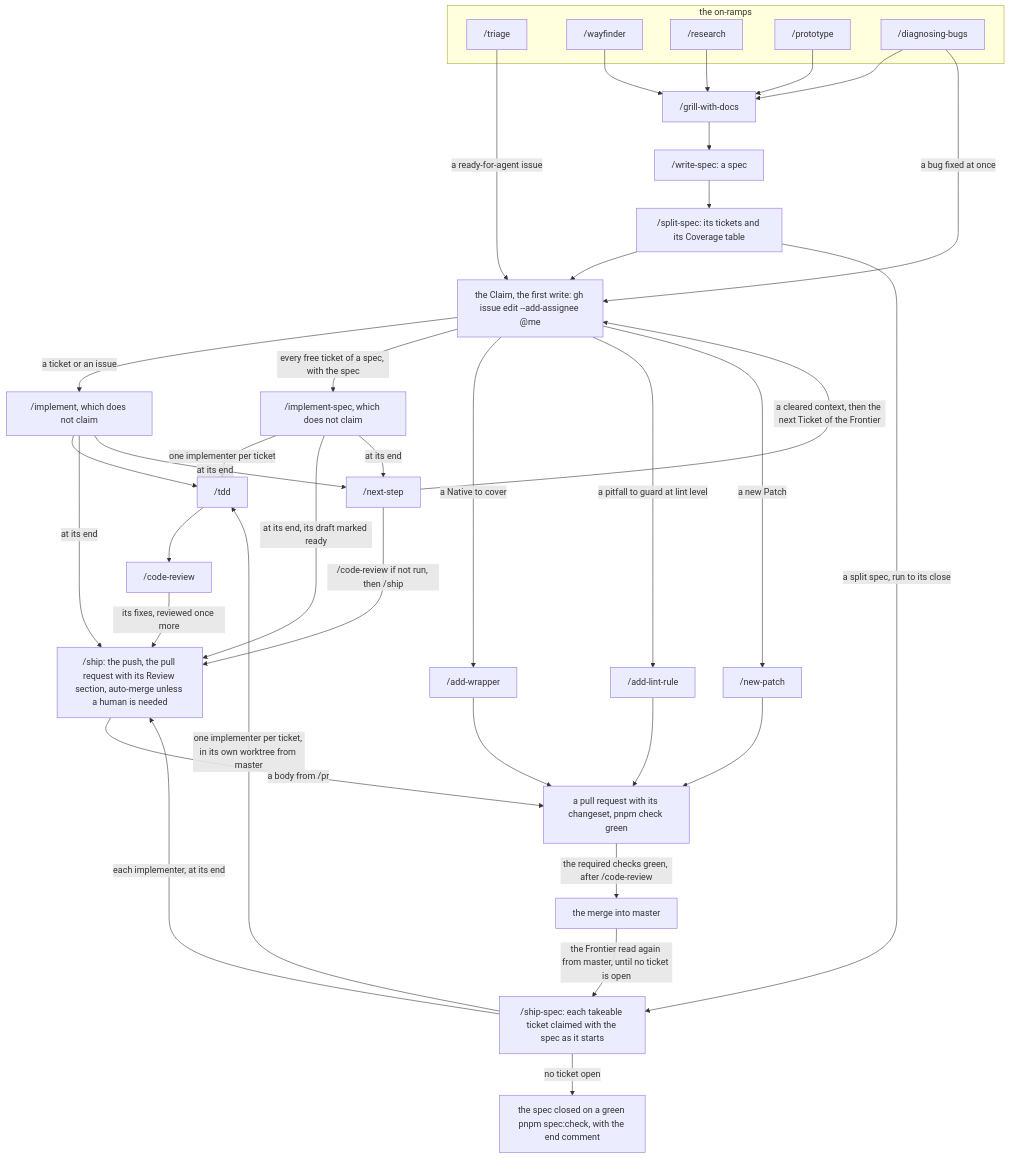
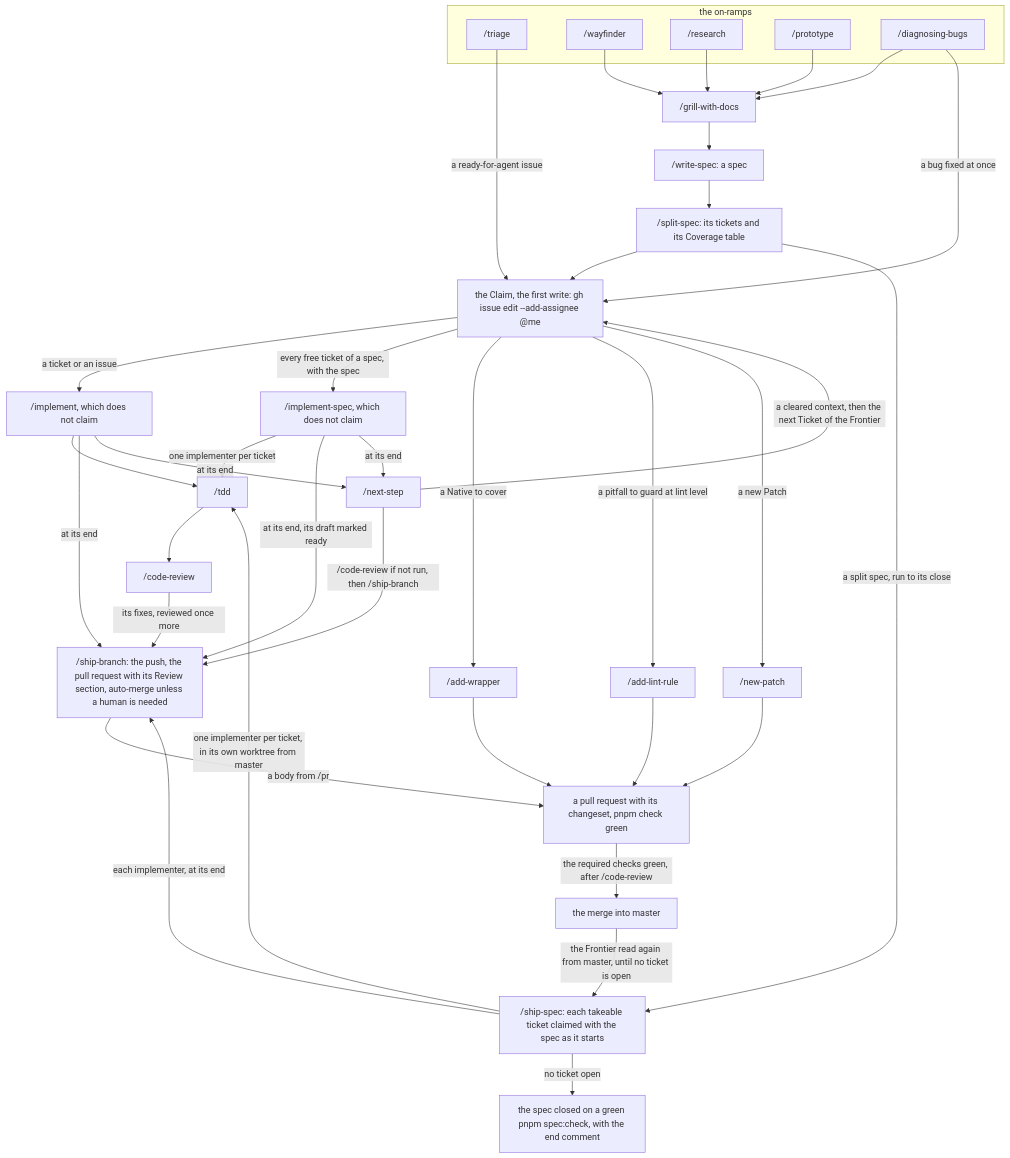
The diagram in docs/agents/development-loop.md (phmilk/reforged-ts), drawn with Mermaid before and after one commit. The commit also changed other lines of this file and 17 other files, not shown here.

First line of the commit message:
fix(skills): the shared skill ship becomes ship-branch (#940)

````diff
--- a/docs/agents/development-loop.md
+++ b/docs/agents/development-loop.md
@@ -77,64 +77,64 @@
 ```mermaid
 flowchart TD
   %% diagram: development-loop
   %% covers: skills
   subgraph on_ramps["the on-ramps"]
     triage["/triage"]
     wayfinder["/wayfinder"]
     research["/research"]
     prototype["/prototype"]
     diagnosing_bugs["/diagnosing-bugs"]
   end
   grill_with_docs["/grill-with-docs"]
   write_spec["/write-spec: a spec"]
   split_spec["/split-spec: its tickets and its Coverage table"]
   claim["the Claim, the first write: gh issue edit --add-assignee @me"]
   implement["/implement, which does not claim"]
   implement_spec["/implement-spec, which does not claim"]
   tdd["/tdd"]
   code_review["/code-review"]
   next_step["/next-step"]
   ship_spec["/ship-spec: each takeable ticket claimed with the spec as it starts"]
   spec_closed["the spec closed on a green pnpm spec:check, with the end comment"]
-  ship["/ship: the push, the pull request with its Review section, auto-merge unless a human is needed"]
+  ship["/ship-branch: the push, the pull request with its Review section, auto-merge unless a human is needed"]
   add_wrapper["/add-wrapper"]
   add_lint_rule["/add-lint-rule"]
   new_patch["/new-patch"]
   pull_request["a pull request with its changeset, pnpm check green"]
   merge["the merge into master"]
 
   wayfinder --> grill_with_docs
   research --> grill_with_docs
   prototype --> grill_with_docs
   diagnosing_bugs --> grill_with_docs
   triage -->|"a ready-for-agent issue"| claim
   diagnosing_bugs -->|"a bug fixed at once"| claim
   grill_with_docs --> write_spec
   write_spec --> split_spec
   split_spec --> claim
   split_spec -->|"a split spec, run to its close"| ship_spec
   claim -->|"a ticket or an issue"| implement
   claim -->|"every free ticket of a spec, with the spec"| implement_spec
   claim -->|"a Native to cover"| add_wrapper
   claim -->|"a pitfall to guard at lint level"| add_lint_rule
   claim -->|"a new Patch"| new_patch
   implement --> tdd
   implement_spec -->|"one implementer per ticket"| tdd
   ship_spec -->|"one implementer per ticket, in its own worktree from master"| tdd
   tdd --> code_review
   code_review -->|"its fixes, reviewed once more"| ship
   implement -->|"at its end"| ship
   implement_spec -->|"at its end, its draft marked ready"| ship
   ship_spec -->|"each implementer, at its end"| ship
   ship -->|"a body from /pr"| pull_request
   add_wrapper --> pull_request
   add_lint_rule --> pull_request
   new_patch --> pull_request
   pull_request -->|"the required checks green, after /code-review"| merge
   merge -->|"the Frontier read again from master, until no ticket is open"| ship_spec
   ship_spec -->|"no ticket open"| spec_closed
   implement -->|"at its end"| next_step
   implement_spec -->|"at its end"| next_step
-  next_step -->|"/code-review if not run, then /ship"| ship
+  next_step -->|"/code-review if not run, then /ship-branch"| ship
   next_step -->|"a cleared context, then the next Ticket of the Frontier"| claim
 ```
````
